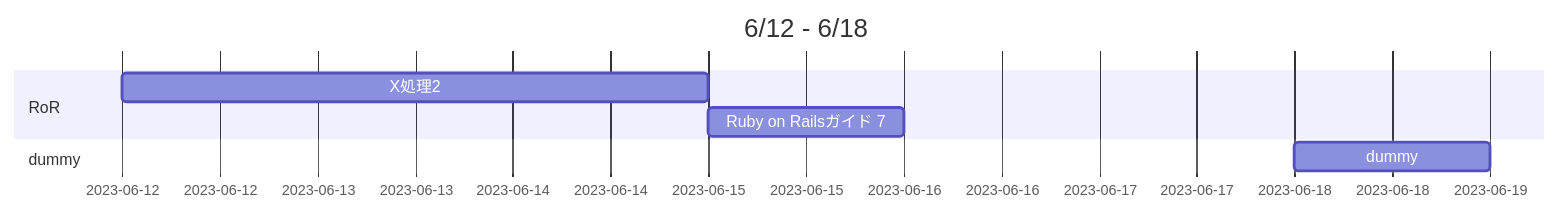
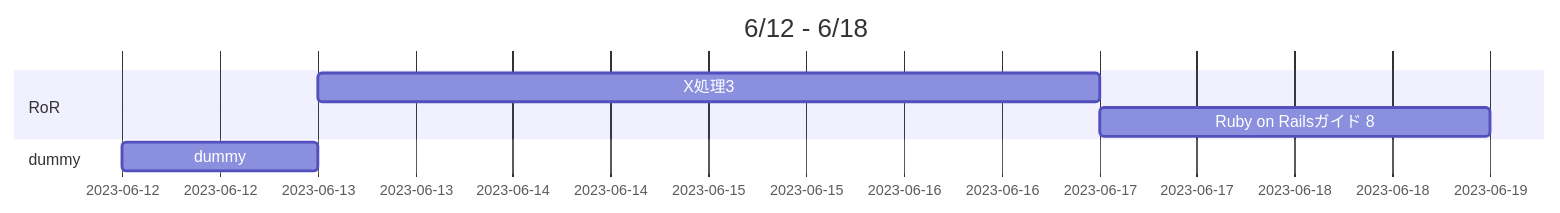
One commit to ykominami/gantt2 changed the fourth of 6 diagrams in test_data/GANTT7.md. Above: the diagram before and after it, drawn with Mermaid. The commit also changed other lines of this file, not shown here.

Commit message:
GitHub Actions から差分を Push

````diff
--- a/test_data/GANTT7.md
+++ b/test_data/GANTT7.md
@@ -26,9 +28,9 @@
 ```mermaid
 gantt
     title 6/12 - 6/18
     section RoR
-    X処理2: , 2023-06-12, 3d
-    Ruby on Railsガイド 7: , 2023-06-15, 1d
+    X処理3: , 2023-06-13, 4d
+    Ruby on Railsガイド 8: , 2023-06-17, 2d
     section dummy
-    dummy: , 2023-06-18, 1d
+    dummy: , 2023-06-12, 1d
 ```
````
